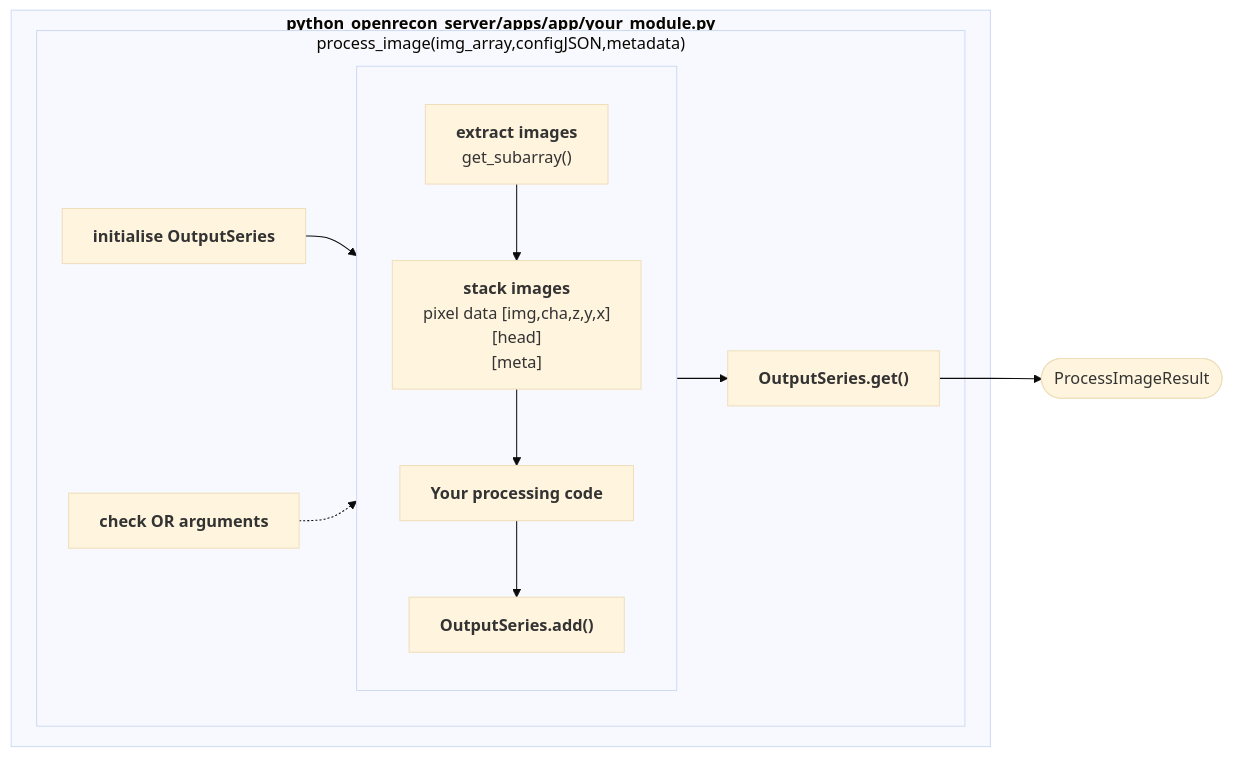
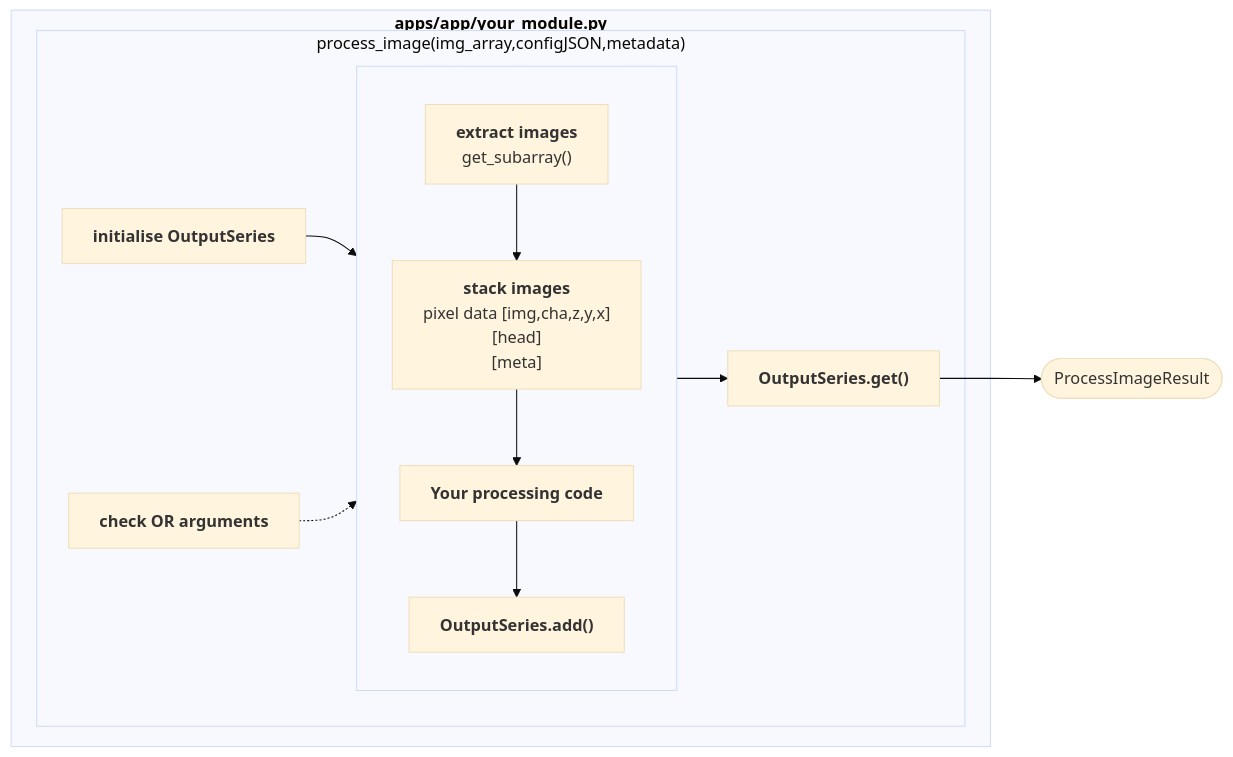
Before and after one commit to benoitberanger/python-openrecon-server: the second of 2 diagrams in README.md, drawn with Mermaid (base theme). The commit also changed other lines of this file and 33 other files, not shown here.

````diff
--- a/README.md
+++ b/README.md
@@ -72,30 +72,30 @@
 ```mermaid
 flowchart LR
 
-    subgraph app["`**python_openrecon_server/apps/app/your_module.py**`"]
+    subgraph app["`**apps/app/your_module.py**`"]
         subgraph process_image["process_image(img_array,configJSON,metadata)"]
 
             init_series["`**initialise OutputSeries**`"] --> process
             or_arg["`**check OR arguments**`"] -.-> process
 
             subgraph process[" "]
                 subarray["`**extract images**
                             get_subarray()`"]
                 stack["`**stack images**
                         pixel data [img,cha,z,y,x]
                         [head]
                         [meta]`"]
                 your_code["`**Your processing code**`"]
                 add["`**OutputSeries.add()**`"]
 
                 subarray --> stack --> your_code --> add
 
             end
         process --> get["`**OutputSeries.get()**`"]
         
         end
 
     end
 
     get --> output([ProcessImageResult])
 ```
````
